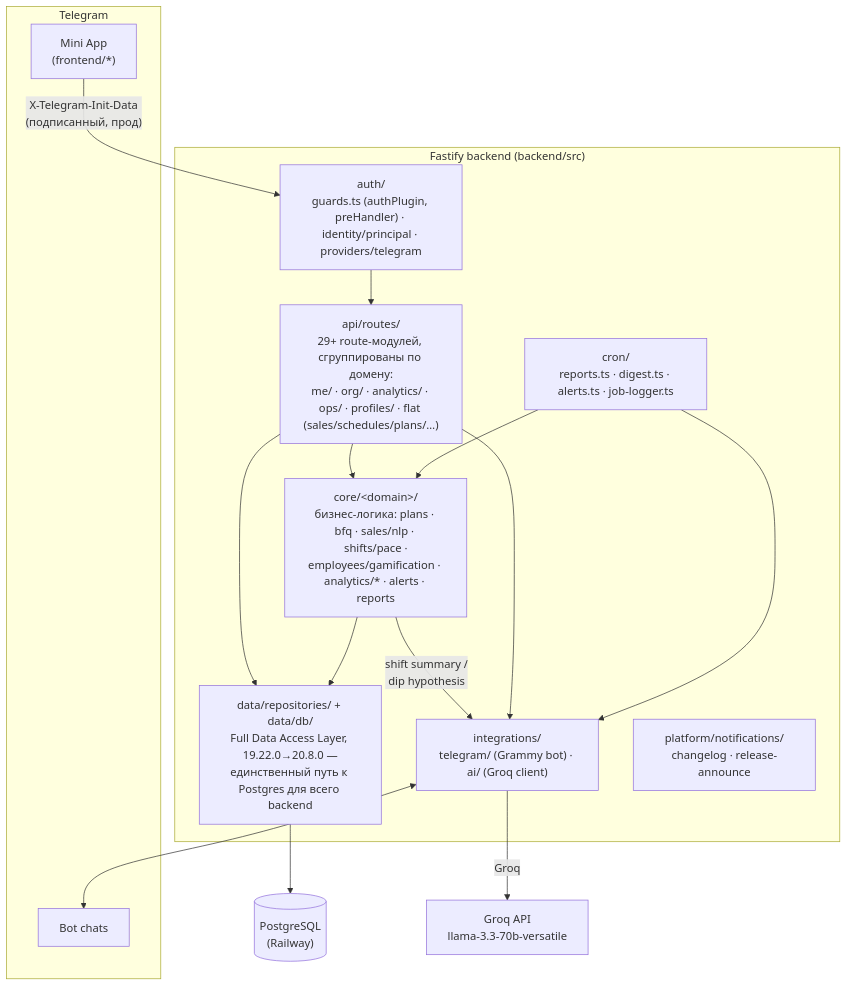
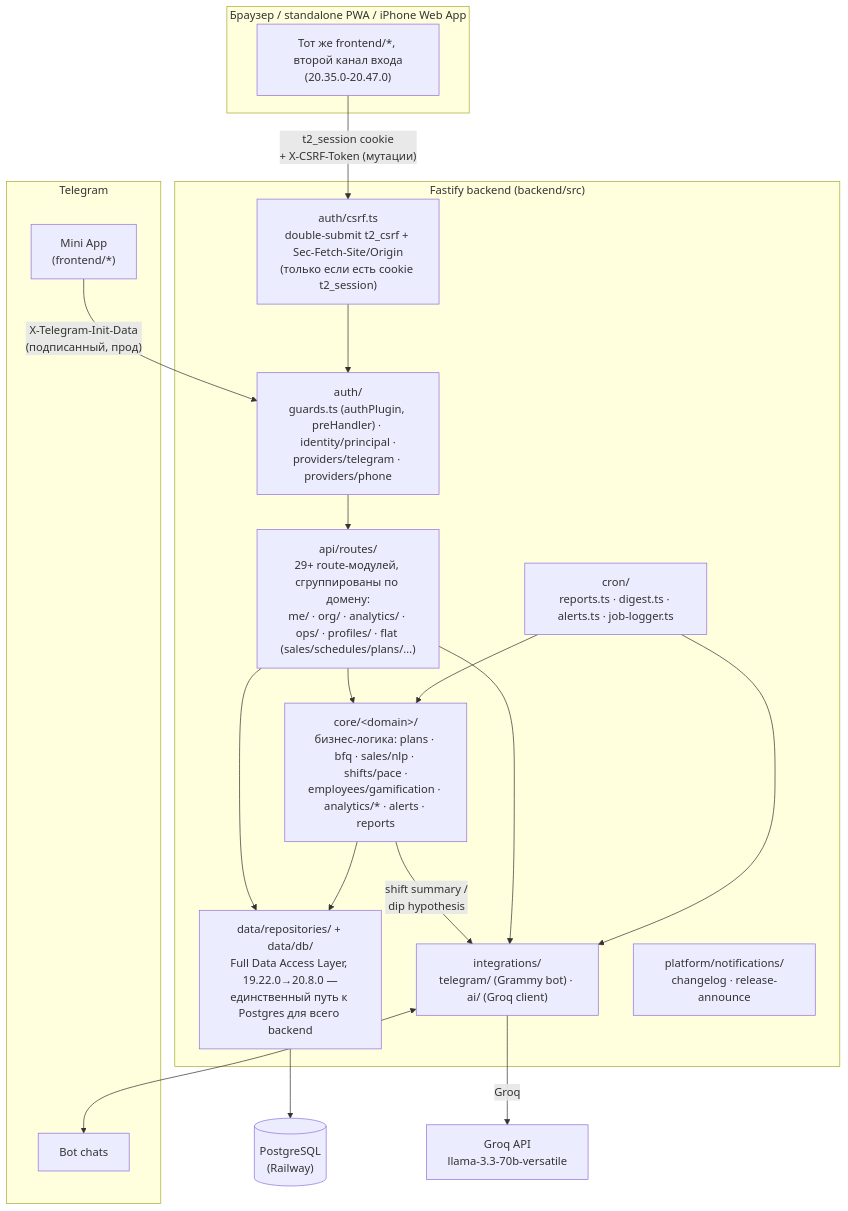
The diagram in docs/ARCHITECTURE.md (JustT1MExGOD/tele2-app), drawn with Mermaid before and after one commit. The commit also changed other lines of this file and 17 other files, not shown here.

````diff
--- a/docs/ARCHITECTURE.md
+++ b/docs/ARCHITECTURE.md
@@ -21,31 +21,37 @@
 ```mermaid
 flowchart TB
     subgraph TG["Telegram"]
         MA["Mini App<br/>(frontend/*)"]
         CH["Bot chats"]
     end
 
+    subgraph WEB["Браузер / standalone PWA / iPhone Web App"]
+        BR["Тот же frontend/*, второй канал входа<br/>(20.35.0-20.47.0)"]
+    end
+
     subgraph BE["Fastify backend (backend/src)"]
-        AUTH["auth/<br/>guards.ts (authPlugin, preHandler) · identity/principal · providers/telegram"]
+        CSRF["auth/csrf.ts<br/>double-submit t2_csrf + Sec-Fetch-Site/Origin<br/>(только если есть cookie t2_session)"]
+        AUTH["auth/<br/>guards.ts (authPlugin, preHandler) · identity/principal ·<br/>providers/telegram · providers/phone"]
         API["api/routes/<br/>29+ route-модулей, сгруппированы по домену:<br/>me/ · org/ · analytics/ · ops/ · profiles/ · flat (sales/schedules/plans/…)"]
         CORE["core/&lt;domain&gt;/<br/>бизнес-логика: plans · bfq · sales/nlp · shifts/pace ·<br/>employees/gamification · analytics/* · alerts · reports"]
         DATA["data/repositories/ + data/db/<br/>Full Data Access Layer, 19.22.0→20.8.0 —<br/>единственный путь к Postgres для всего backend"]
         CRON["cron/<br/>reports.ts · digest.ts · alerts.ts · job-logger.ts"]
         INTEG["integrations/<br/>telegram/ (Grammy bot) · ai/ (Groq client)"]
         PLAT["platform/notifications/<br/>changelog · release-announce"]
     end
 
     PG[("PostgreSQL<br/>(Railway)")]
     GROQ["Groq API<br/>llama-3.3-70b-versatile"]
 
     MA -- "X-Telegram-Init-Data<br/>(подписанный, прод)" --> AUTH
+    BR -- "t2_session cookie<br/>+ X-CSRF-Token (мутации)" --> CSRF --> AUTH
     AUTH --> API --> CORE
     API --> DATA --> PG
     CRON --> CORE
     CORE --> DATA
     CORE -- "shift summary /<br/>dip hypothesis" --> INTEG
     INTEG -- Groq --> GROQ
     INTEG <--> CH
     API --> INTEG
     CRON --> INTEG
 ```
````
